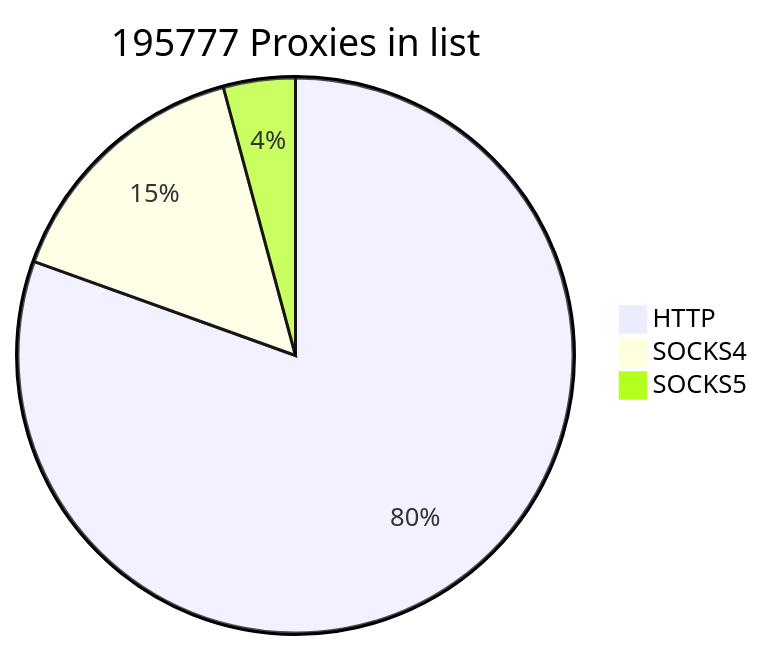
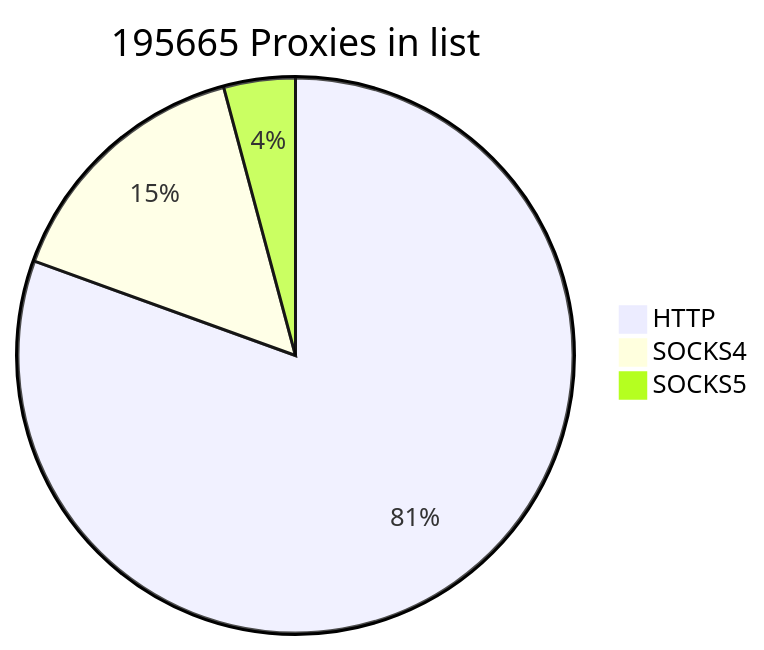
Before and after one commit to cutipu/proxylist: the first of 2 diagrams in README.md, drawn with Mermaid. The commit also changed other lines of this file, not shown here.

````diff
--- a/README.md
+++ b/README.md
@@ -2,7 +2,7 @@
 ```mermaid
-pie title 195777 Proxies in list
-    "HTTP" : 157581
-    "SOCKS4" : 30009
-    "SOCKS5" : 8187
+pie title 195665 Proxies in list
+    "HTTP" : 157551
+    "SOCKS4" : 29964
+    "SOCKS5" : 8150
             
 ```
````
